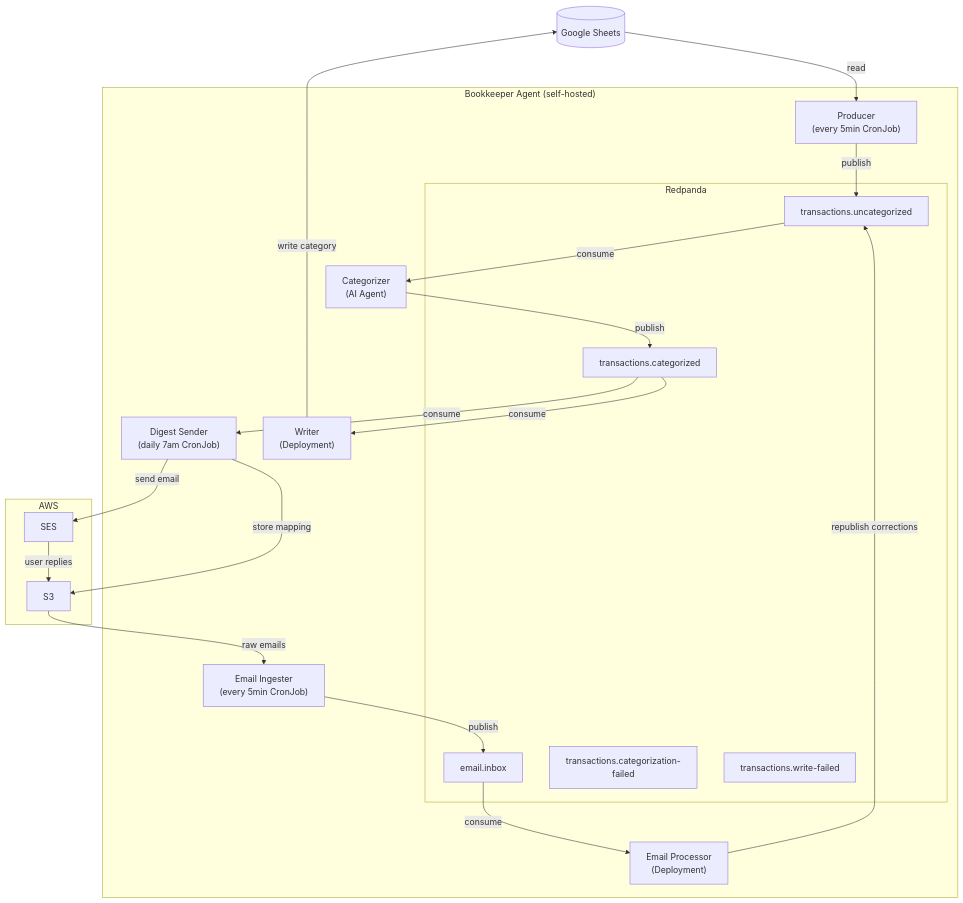
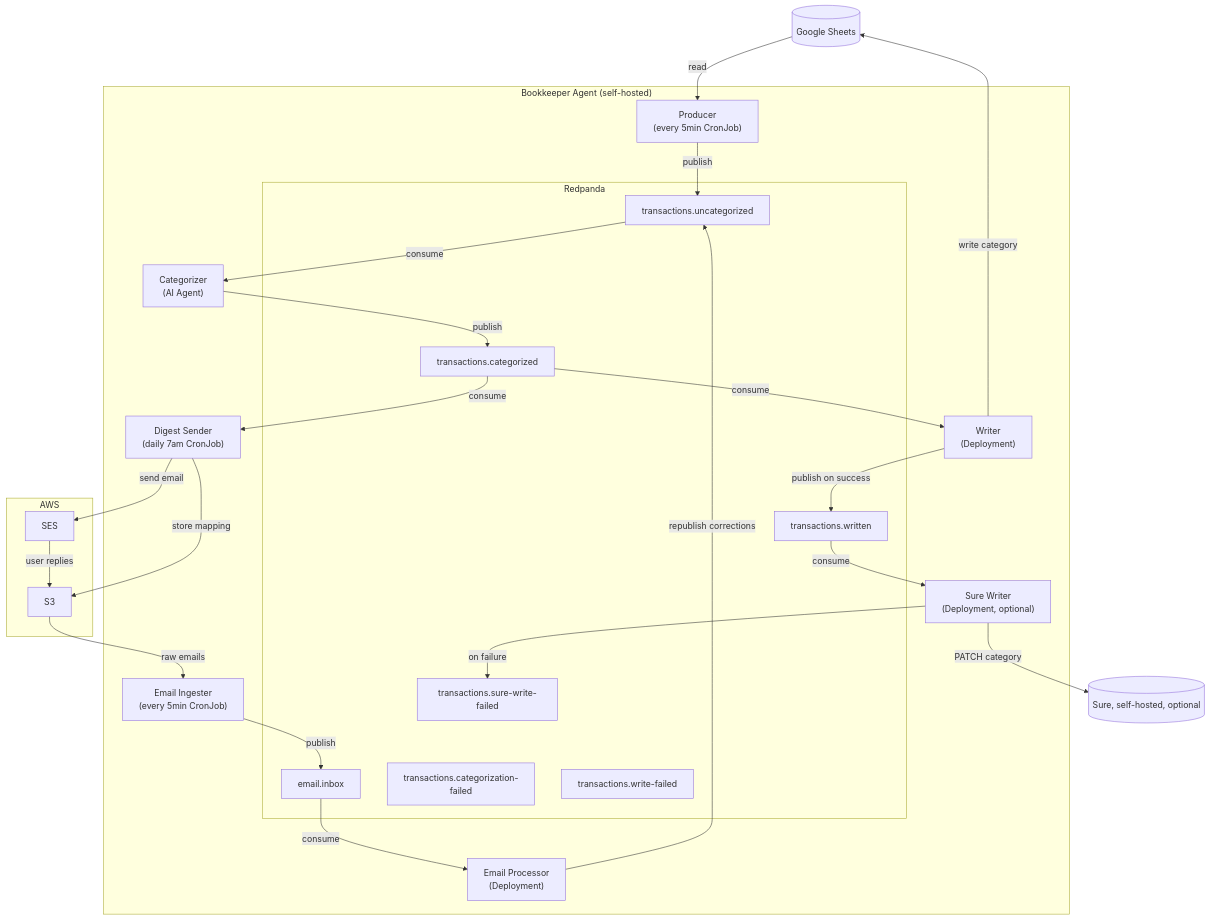
The diagram in README.md (jevy/bookkeeper-agent), drawn with Mermaid before and after one commit. The commit also changed other lines of this file and 4 other files, not shown here.

Commit message:
Add sure-writer deployment, alerts, DLQ view, and README

````diff
--- a/README.md
+++ b/README.md
@@ -23,46 +23,55 @@
 ```mermaid
 graph TD
     Sheets[(Google Sheets)]
 
     subgraph "Bookkeeper Agent (self-hosted)"
         Producer["Producer\n(every 5min CronJob)"]
         Writer["Writer\n(Deployment)"]
+        SureWriter["Sure Writer\n(Deployment, optional)"]
         Categorizer["Categorizer\n(AI Agent)"]
         DigestSender["Digest Sender\n(daily 7am CronJob)"]
         EmailIngester["Email Ingester\n(every 5min CronJob)"]
         EmailProcessor["Email Processor\n(Deployment)"]
 
         subgraph Redpanda
             uncategorized[transactions.uncategorized]
             categorized[transactions.categorized]
             emailInbox[email.inbox]
             catFailed[transactions.categorization-failed]
             writeFailed[transactions.write-failed]
+            written[transactions.written]
+            sureFailed[transactions.sure-write-failed]
         end
     end
 
     subgraph AWS
         SES[SES]
         S3[S3]
     end
+
+    Sure[(Sure, self-hosted, optional)]
 
     Sheets -- read --> Producer
     Producer -- publish --> uncategorized
 
     uncategorized -- consume --> Categorizer
     Categorizer -- publish --> categorized
 
     categorized -- consume --> Writer
     Writer -- write category --> Sheets
+    Writer -- publish on success --> written
+    written -- consume --> SureWriter
+    SureWriter -- PATCH category --> Sure
+    SureWriter -- on failure --> sureFailed
 
     categorized -- consume --> DigestSender
     DigestSender -- send email --> SES
     DigestSender -- store mapping --> S3
 
     SES -- user replies --> S3
     S3 -- raw emails --> EmailIngester
     EmailIngester -- publish --> emailInbox
 
     emailInbox -- consume --> EmailProcessor
     EmailProcessor -- republish corrections --> uncategorized
 ```
````
